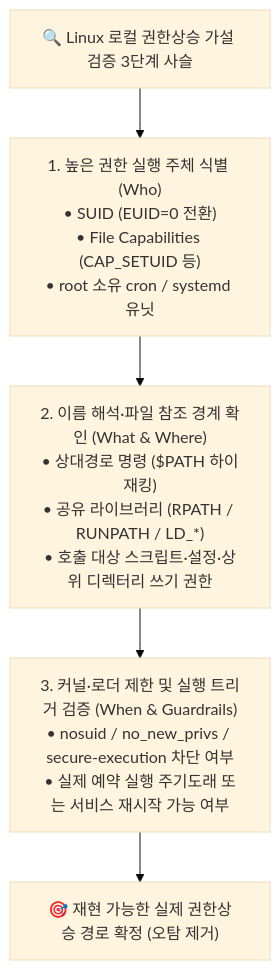
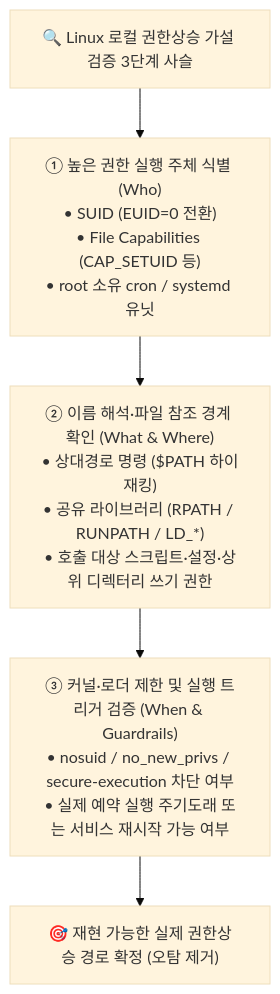
Before and after one commit to gooyong-sec/gooyong-sec.github.io: the first of 3 diagrams in content/모의해킹 기초/Linux 권한상승을 위한 OS 내부구조 — SUID, Capabilities, PATH, cron와 systemd.md, drawn with Mermaid (base theme). The commit also changed other lines of this file and 28 other files, not shown here.

First line of the commit message:
fix: eliminate remaining mermaid markdown-list misparse across all diagrams

````diff
--- a/content/모의해킹 기초/Linux 권한상승을 위한 OS 내부구조 — SUID, Capabilities, PATH, cron와 systemd.md
+++ b/content/모의해킹 기초/Linux 권한상승을 위한 OS 내부구조 — SUID, Capabilities, PATH, cron와 systemd.md
@@ -18,7 +18,7 @@
 ```mermaid
 flowchart TD
-    Start["🔍 Linux 로컬 권한상승 가설 검증 3단계 사슬"] --> Step1["1. 높은 권한 실행 주체 식별 (Who)<br/>• SUID (EUID=0 전환)<br/>• File Capabilities (CAP_SETUID 등)<br/>• root 소유 cron / systemd 유닛"]
-    Step1 --> Step2["2. 이름 해석·파일 참조 경계 확인 (What & Where)<br/>• 상대경로 명령 ($PATH 하이재킹)<br/>• 공유 라이브러리 (RPATH / RUNPATH / LD_*)<br/>• 호출 대상 스크립트·설정·상위 디렉터리 쓰기 권한"]
-    Step2 --> Step3["3. 커널·로더 제한 및 실행 트리거 검증 (When & Guardrails)<br/>• nosuid / no_new_privs / secure-execution 차단 여부<br/>• 실제 예약 실행 주기도래 또는 서비스 재시작 가능 여부"]
+    Start["🔍 Linux 로컬 권한상승 가설 검증 3단계 사슬"] --> Step1["① 높은 권한 실행 주체 식별 (Who)<br/>• SUID (EUID=0 전환)<br/>• File Capabilities (CAP_SETUID 등)<br/>• root 소유 cron / systemd 유닛"]
+    Step1 --> Step2["② 이름 해석·파일 참조 경계 확인 (What & Where)<br/>• 상대경로 명령 ($PATH 하이재킹)<br/>• 공유 라이브러리 (RPATH / RUNPATH / LD_*)<br/>• 호출 대상 스크립트·설정·상위 디렉터리 쓰기 권한"]
+    Step2 --> Step3["③ 커널·로더 제한 및 실행 트리거 검증 (When & Guardrails)<br/>• nosuid / no_new_privs / secure-execution 차단 여부<br/>• 실제 예약 실행 주기도래 또는 서비스 재시작 가능 여부"]
     Step3 --> Result["🎯 재현 가능한 실제 권한상승 경로 확정 (오탐 제거)"]
 ```
````
